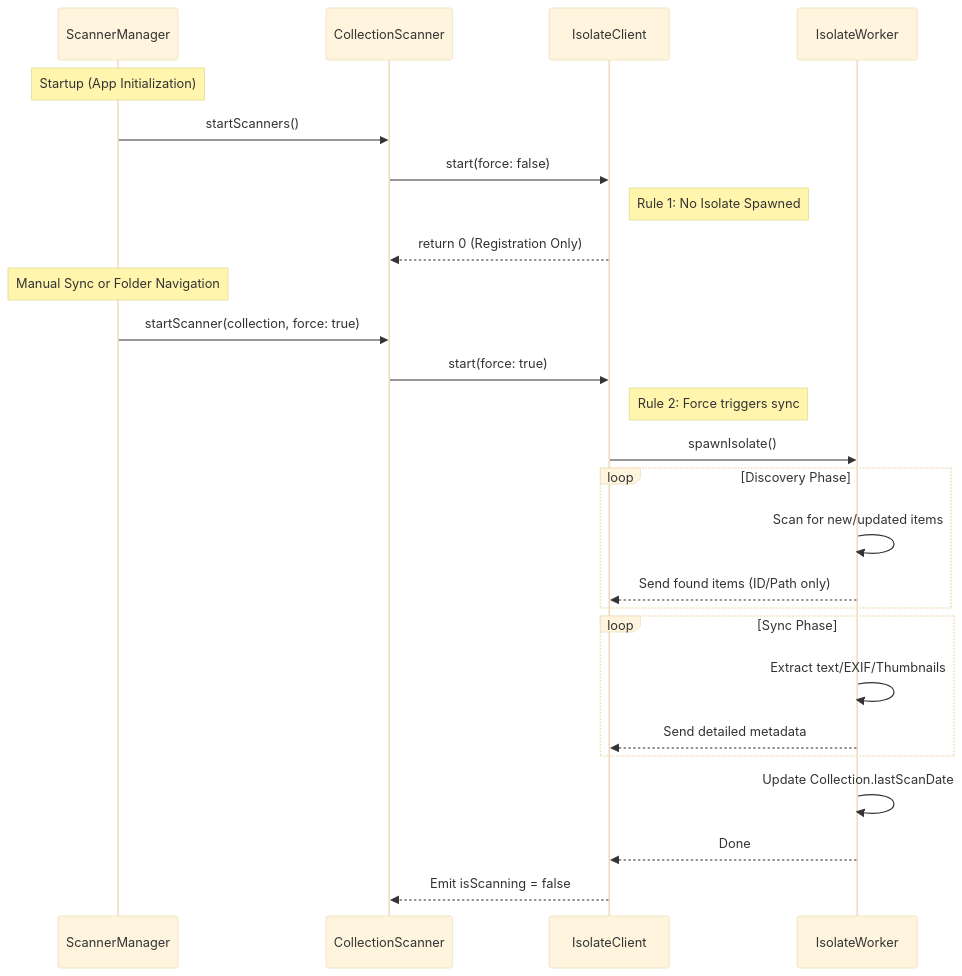
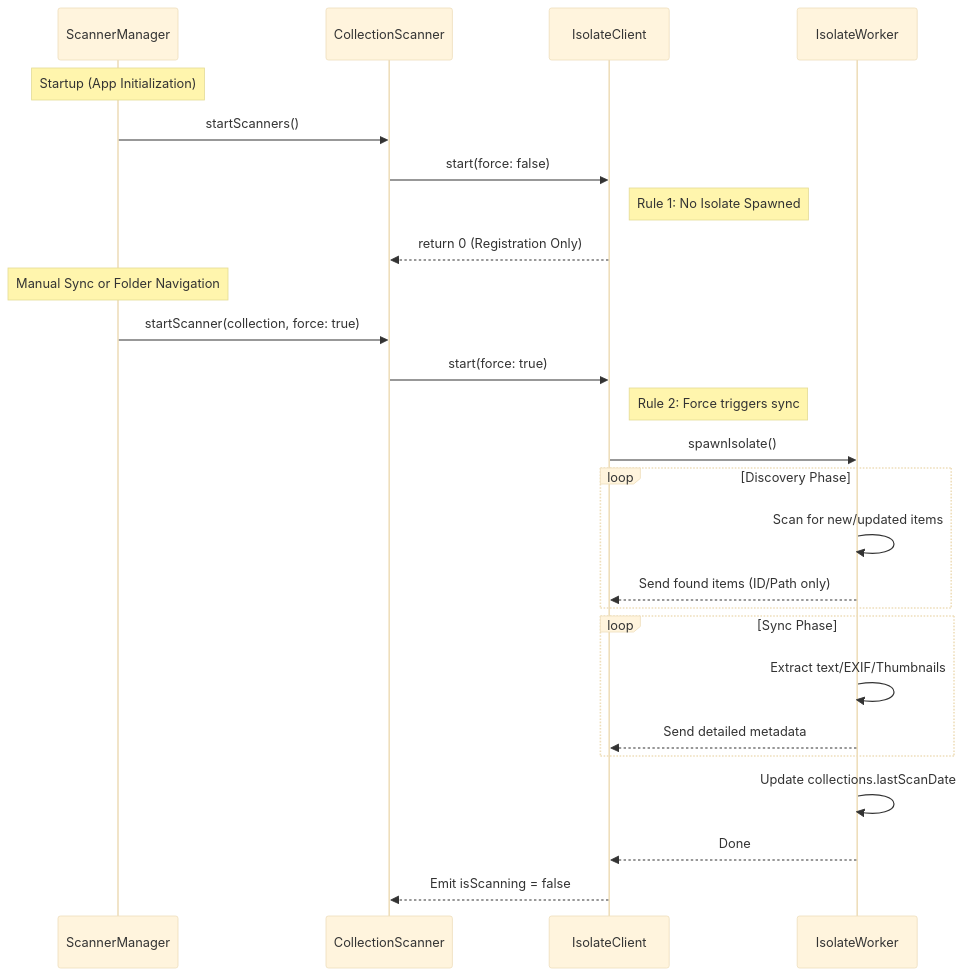
Before and after one commit to XDT-Labs/mydatastudio: the fifth of 5 diagrams in ARCHITECTURE.md, drawn with Mermaid (base theme). The commit also changed other lines of this file and 12 other files, not shown here.

````diff
--- a/ARCHITECTURE.md
+++ b/ARCHITECTURE.md
@@ -389,30 +560,30 @@
 ```mermaid
 sequenceDiagram
     participant SM as ScannerManager
     participant CS as CollectionScanner
     participant IC as IsolateClient
     participant IW as IsolateWorker
 
     Note over SM: Startup (App Initialization)
     SM->>CS: startScanners()
     CS->>IC: start(force: false)
     Note right of IC: Rule 1: No Isolate Spawned
     IC-->>CS: return 0 (Registration Only)
 
     Note over SM: Manual Sync or Folder Navigation
     SM->>CS: startScanner(collection, force: true)
     CS->>IC: start(force: true)
     Note right of IC: Rule 2: Force triggers sync
     IC->>IW: spawnIsolate()
     loop Discovery Phase
         IW->>IW: Scan for new/updated items
         IW-->>IC: Send found items (ID/Path only)
     end
     loop Sync Phase
         IW->>IW: Extract text/EXIF/Thumbnails
         IW-->>IC: Send detailed metadata
     end
-    IW->>IW: Update Collection.lastScanDate
+    IW->>IW: Update collections.lastScanDate
     IW-->>IC: Done
     IC-->>CS: Emit isScanning = false
 ```
````
